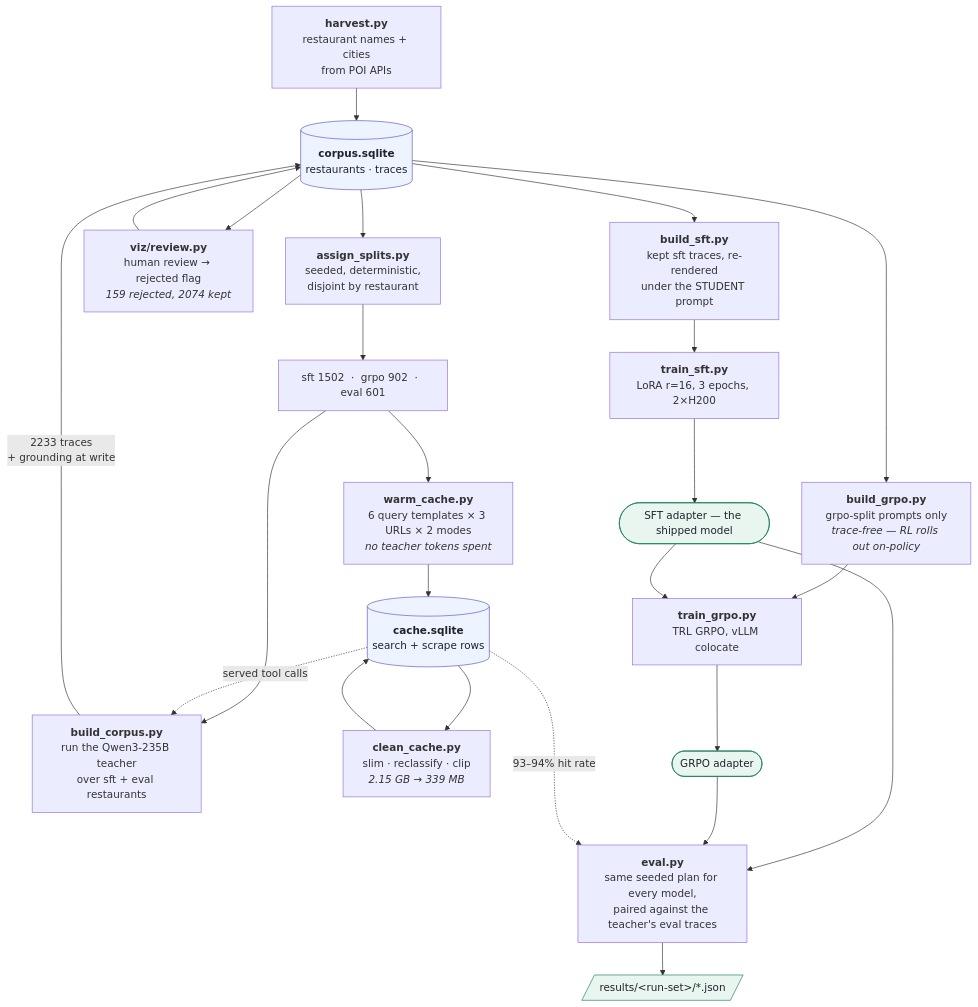
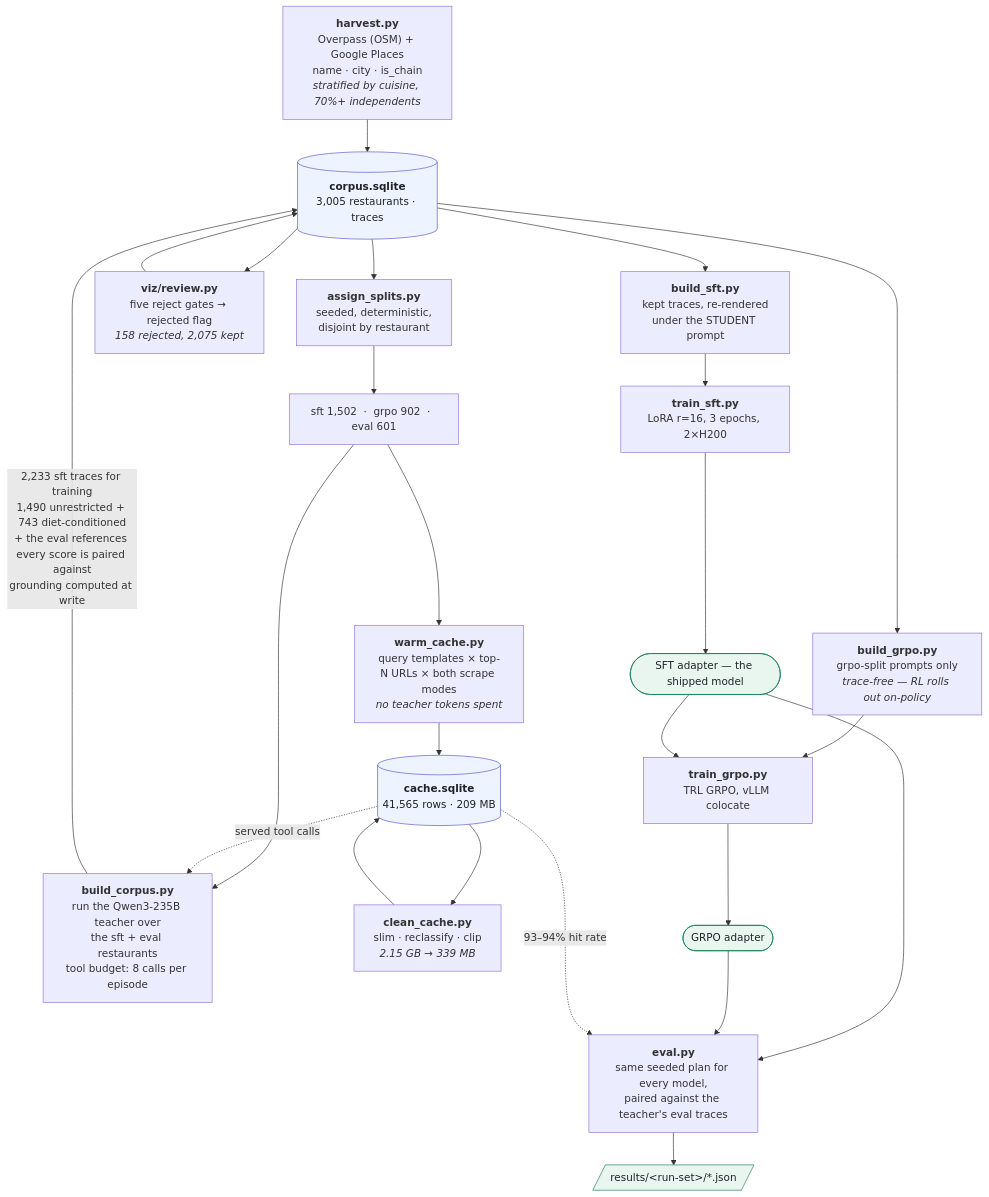
Before and after one commit to Maanav-s/small-model-finetuning: the first of 6 diagrams in README.md, drawn with Mermaid. The commit also changed other lines of this file and 2 other files, not shown here.

````diff
--- a/README.md
+++ b/README.md
@@ -44,38 +46,38 @@
 ```mermaid
 flowchart TB
-    H["<b>harvest.py</b><br/>restaurant names + cities<br/>from POI APIs"] --> DB
-    DB[("<b>corpus.sqlite</b><br/>restaurants · traces")]
+    H["<b>harvest.py</b><br/>Overpass (OSM) + Google Places<br/>name · city · is_chain<br/><i>stratified by cuisine, 70%+ independents</i>"] --> DB
+    DB[("<b>corpus.sqlite</b><br/>3,005 restaurants · traces")]
     DB --> AS["<b>assign_splits.py</b><br/>seeded, deterministic,<br/>disjoint by restaurant"]
-    AS --> SP["sft 1502 &nbsp;·&nbsp; grpo 902 &nbsp;·&nbsp; eval 601"]
+    AS --> SP["sft 1,502 &nbsp;·&nbsp; grpo 902 &nbsp;·&nbsp; eval 601"]
 
-    SP --> WC["<b>warm_cache.py</b><br/>6 query templates × 3 URLs × 2 modes<br/><i>no teacher tokens spent</i>"]
-    WC --> CACHE[("<b>cache.sqlite</b><br/>search + scrape rows")]
+    SP --> WC["<b>warm_cache.py</b><br/>query templates × top-N URLs × both scrape modes<br/><i>no teacher tokens spent</i>"]
+    WC --> CACHE[("<b>cache.sqlite</b><br/>41,565 rows · 209 MB")]
 
-    SP --> BC["<b>build_corpus.py</b><br/>run the Qwen3-235B teacher<br/>over sft + eval restaurants"]
+    SP --> BC["<b>build_corpus.py</b><br/>run the Qwen3-235B teacher over<br/>the sft + eval restaurants<br/>tool budget: 8 calls per episode"]
     CACHE -.->|"served tool calls"| BC
-    BC -->|"2233 traces<br/>+ grounding at write"| DB
+    BC -->|"2,233 sft traces for training<br/>1,490 unrestricted + 743 diet-conditioned<br/>+ the eval references every score is paired against<br/>grounding computed at write"| DB
 
-    DB --> RV["<b>viz/review.py</b><br/>human review → rejected flag<br/><i>159 rejected, 2074 kept</i>"]
+    DB --> RV["<b>viz/review.py</b><br/>five reject gates → rejected flag<br/><i>158 rejected, 2,075 kept</i>"]
     RV --> DB
     CACHE --> CC["<b>clean_cache.py</b><br/>slim · reclassify · clip<br/><i>2.15 GB → 339 MB</i>"]
     CC --> CACHE
 
-    DB --> BS["<b>build_sft.py</b><br/>kept sft traces, re-rendered<br/>under the STUDENT prompt"]
+    DB --> BS["<b>build_sft.py</b><br/>kept traces, re-rendered<br/>under the STUDENT prompt"]
     DB --> BG["<b>build_grpo.py</b><br/>grpo-split prompts only<br/><i>trace-free — RL rolls out on-policy</i>"]
 
     BS --> TS["<b>train_sft.py</b><br/>LoRA r=16, 3 epochs, 2×H200"]
     TS --> ADP(["SFT adapter — the shipped model"])
     BG --> TG["<b>train_grpo.py</b><br/>TRL GRPO, vLLM colocate"]
     ADP --> TG
     TG --> ADP2(["GRPO adapter"])
 
     ADP --> EV["<b>eval.py</b><br/>same seeded plan for every model,<br/>paired against the teacher's eval traces"]
     ADP2 --> EV
     CACHE -.->|"93–94% hit rate"| EV
     EV --> RES[/"results/&lt;run-set&gt;/*.json"/]
 
     classDef store fill:#eef4ff,stroke:#5a54c9,color:#1f2328
     classDef out fill:#e9f6f0,stroke:#1a7f5a,color:#1f2328
     class DB,CACHE store
     class ADP,ADP2,RES out
 ```
````
